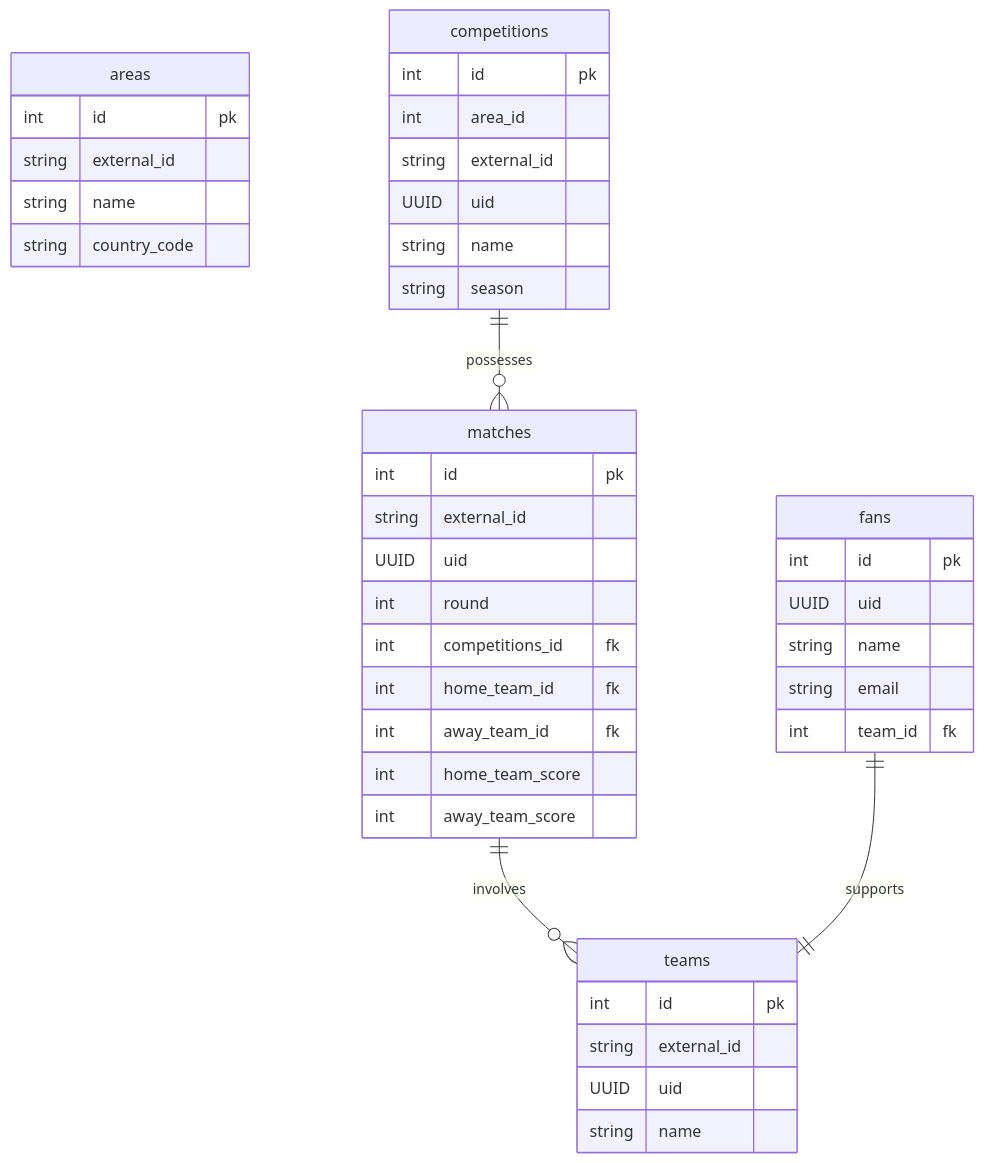
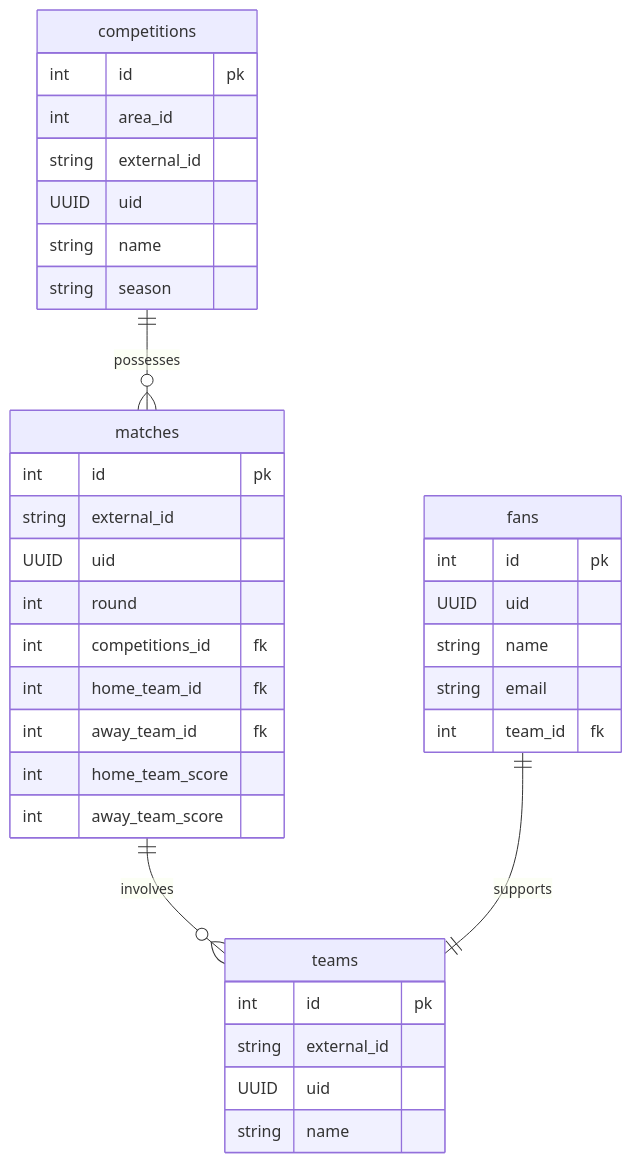
The diagram in README.md (jtonynet/go-soccer-fan), drawn with Mermaid before and after one commit. The commit also changed other lines of this file and 9 other files, not shown here.

````diff
--- a/README.md
+++ b/README.md
@@ -144,49 +144,42 @@
 ```mermaid
 erDiagram
-    areas {
-        int id pk
-        string external_id
-        string name
-        string country_code
-    }
-
     competitions {
         int id pk
         int area_id
         string external_id
         UUID uid
         string name
         string season
     }
     
     matches {
         int id pk
         string external_id
         UUID uid
         int round
         int competitions_id fk
         int home_team_id fk
         int away_team_id fk
         int home_team_score
         int away_team_score
     }
 
     teams {
         int id pk
         string external_id
         UUID uid
         string name
     }
 
     fans {
         int id pk
         UUID uid
         string name
         string email
         int team_id fk
     }
 
     competitions ||--o{ matches : possesses
     matches ||--o{ teams : involves
     fans ||--|| teams : supports
 ```
````
